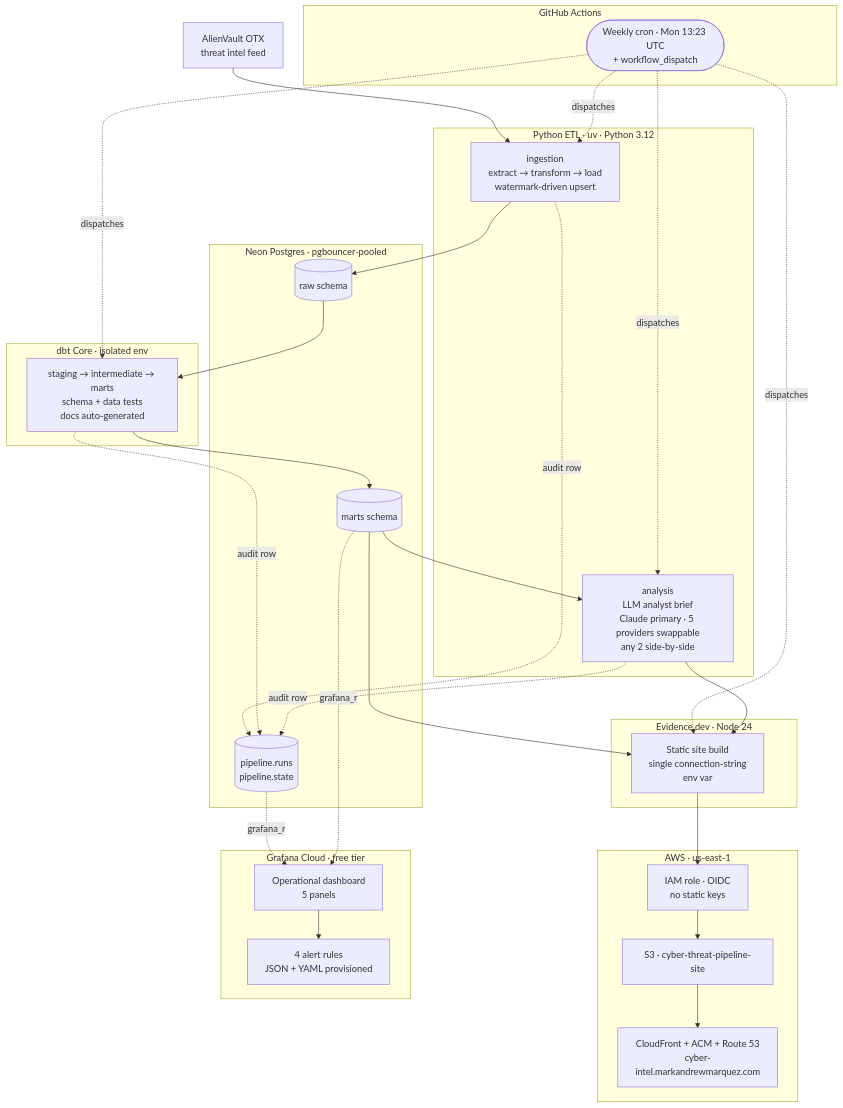
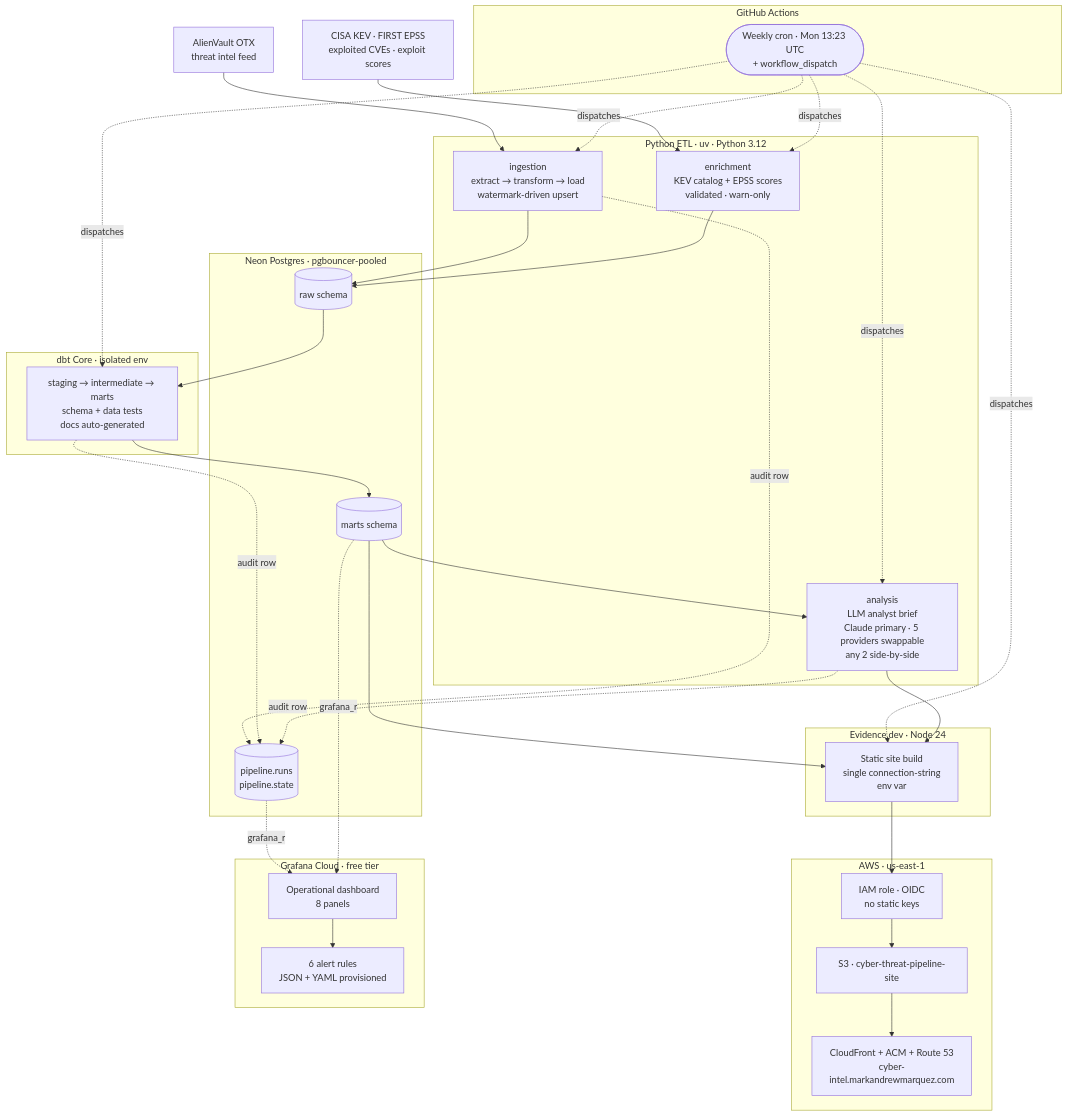
One commit to marky224/cyber-threat-pipeline changed the diagram in docs/architecture.md. Above: the diagram before and after it, drawn with Mermaid. The commit also changed other lines of this file and 36 other files, not shown here.

First line of the commit message:
feat: CISA KEV and FIRST EPSS enrichment for CVE indicators (#79)

````diff
--- a/docs/architecture.md
+++ b/docs/architecture.md
@@ -7,58 +7,63 @@
 ```mermaid
 flowchart TB
     OTX[AlienVault OTX<br/>threat intel feed]
+    Feeds[CISA KEV · FIRST EPSS<br/>exploited CVEs · exploit scores]
 
     subgraph GH["GitHub Actions"]
         Cron(["Weekly cron · Mon 13:23 UTC<br/>+ workflow_dispatch"])
     end
 
     subgraph App["Python ETL · uv · Python 3.12"]
         Ingest["ingestion<br/>extract → transform → load<br/>watermark-driven upsert"]
+        Enrich["enrichment<br/>KEV catalog + EPSS scores<br/>validated · warn-only"]
         Analysis["analysis<br/>LLM analyst brief<br/>Claude primary · 5 providers swappable<br/>any 2 side-by-side"]
     end
 
     subgraph Neon["Neon Postgres · pgbouncer-pooled"]
         Raw[("raw schema")]
         Marts[("marts schema")]
         Audit[("pipeline.runs<br/>pipeline.state")]
     end
 
     subgraph Transform["dbt Core · isolated env"]
         DBT["staging → intermediate → marts<br/>schema + data tests<br/>docs auto-generated"]
     end
 
     subgraph Reporting["Evidence.dev · Node 24"]
         Build["Static site build<br/>single connection-string<br/>env var"]
     end
 
     subgraph AWSBox["AWS · us-east-1"]
         OIDC["IAM role · OIDC<br/>no static keys"]
         S3["S3 · cyber-threat-pipeline-site"]
         CF["CloudFront + ACM + Route 53<br/>cyber-intel.markandrewmarquez.com"]
     end
 
     subgraph Ops["Grafana Cloud · free tier"]
-        Dash["Operational dashboard<br/>5 panels"]
-        Alerts["4 alert rules<br/>JSON + YAML provisioned"]
+        Dash["Operational dashboard<br/>8 panels"]
+        Alerts["6 alert rules<br/>JSON + YAML provisioned"]
     end
 
     OTX --> Ingest
+    Feeds --> Enrich
     Cron -.dispatches.-> Ingest
+    Cron -.dispatches.-> Enrich
     Cron -.dispatches.-> DBT
     Cron -.dispatches.-> Analysis
     Cron -.dispatches.-> Build
     Ingest --> Raw
+    Enrich --> Raw
     Raw --> DBT
     DBT --> Marts
     Marts --> Analysis
     Marts --> Build
     Analysis --> Build
     Build --> OIDC
     OIDC --> S3 --> CF
     Ingest -.audit row.-> Audit
     DBT -.audit row.-> Audit
     Analysis -.audit row.-> Audit
     Audit -.grafana_ro.-> Dash
     Marts -.grafana_ro.-> Dash
     Dash --> Alerts
 ```
````
